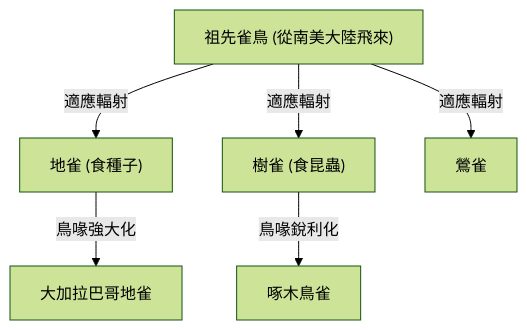
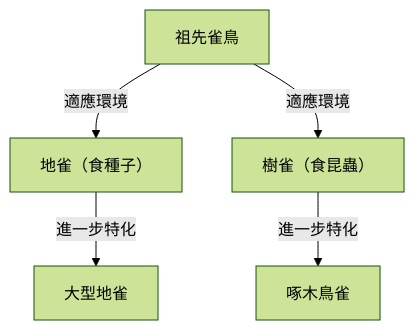
The diagram in content/post/darwins-theory-of-evolution/index.zh-tw.md (kenjinote/blog), drawn with Mermaid (forest theme) before and after one commit. The commit also changed other lines of this file and 129 other files, not shown here.

````diff
--- a/content/post/darwins-theory-of-evolution/index.zh-tw.md
+++ b/content/post/darwins-theory-of-evolution/index.zh-tw.md
@@ -25,9 +27,7 @@
 ```mermaid
 graph TD
-    A["祖先雀鳥 (從南美大陸飛來)"]
-    A -- "適應輻射" --> B["地雀 (食種子)"]
-    A -- "適應輻射" --> C["樹雀 (食昆蟲)"]
-    A -- "適應輻射" --> D["鶯雀"]
-    B -- "鳥喙強大化" --> B1["大加拉巴哥地雀"]
-    C -- "鳥喙銳利化" --> C1["啄木鳥雀"]
+    A["祖先雀鳥"] -- "適應環境" --> B["地雀（食種子）"]
+    A["祖先雀鳥"] -- "適應環境" --> C["樹雀（食昆蟲）"]
+    B["地雀（食種子）"] -- "進一步特化" --> D["大型地雀"]
+    C["樹雀（食昆蟲）"] -- "進一步特化" --> E["啄木鳥雀"]
 ```
````
